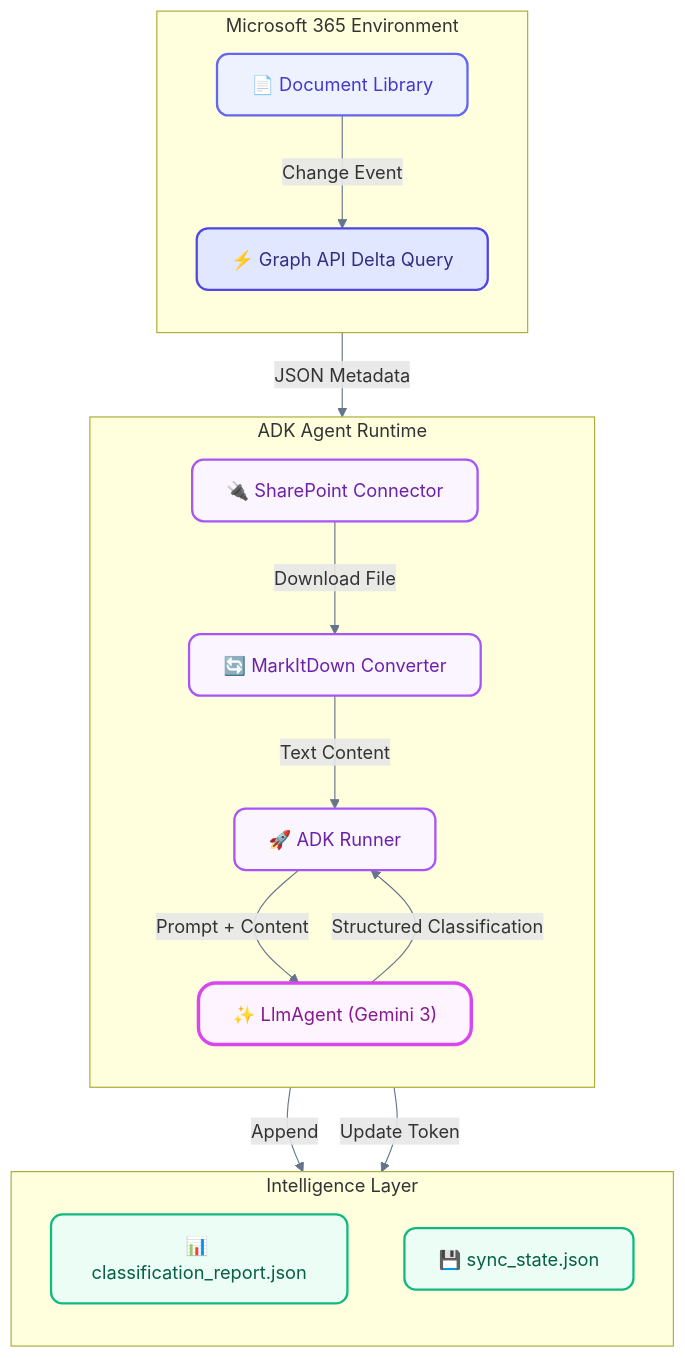
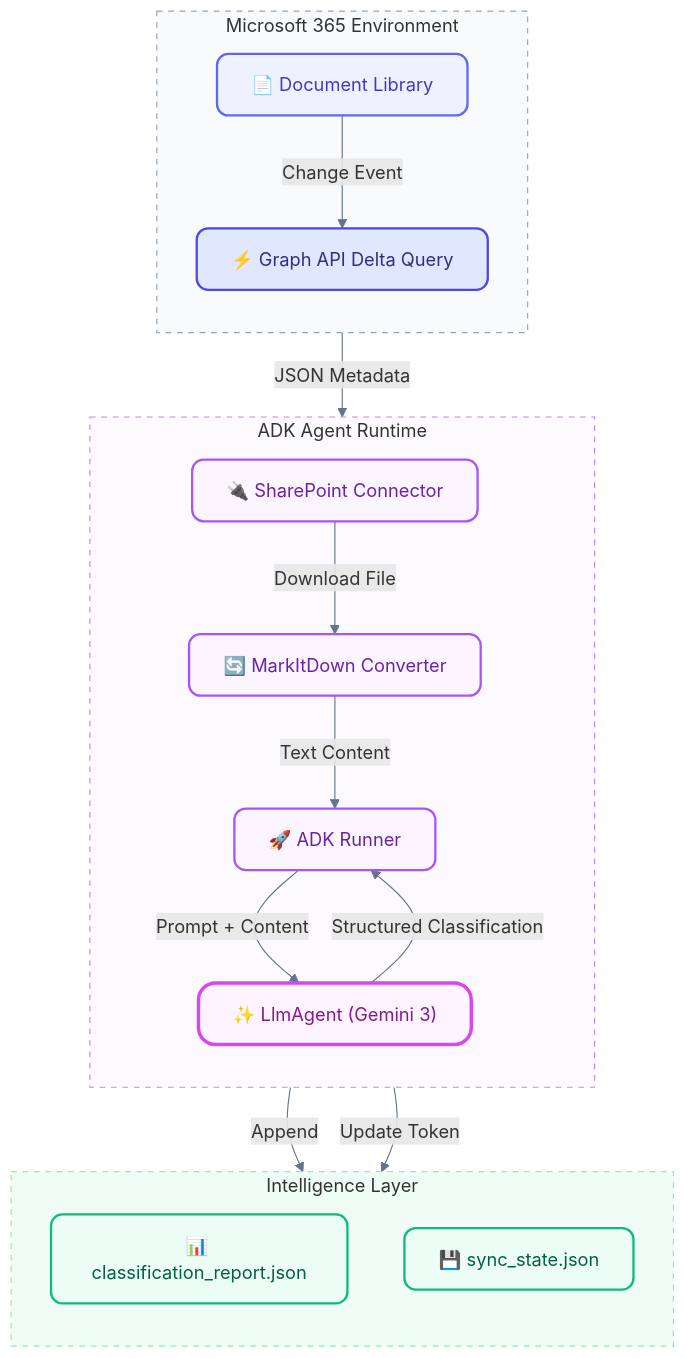
Before and after one commit to jchavezar/vertex-ai-samples: the diagram in antigravity/classificator_mcp_sharepoint/README.md, drawn with Mermaid.

Commit message:
Docs: Update Mermaid chart styling to remove default yellow backgrounds

````diff
--- a/antigravity/classificator_mcp_sharepoint/README.md
+++ b/antigravity/classificator_mcp_sharepoint/README.md
@@ -31,42 +31,47 @@
 ```mermaid
 graph TD
     %% Styling Definitions
     classDef base fill:#fff,stroke:#333,stroke-width:1px,color:#333;
     classDef ms fill:#eef2ff,stroke:#6366f1,stroke-width:2px,color:#4338ca,rx:10,ry:10;
     classDef api fill:#e0e7ff,stroke:#4f46e5,stroke-width:2px,color:#312e81,rx:10,ry:10;
     classDef adk fill:#faf5ff,stroke:#a855f7,stroke-width:2px,color:#6b21a8,rx:10,ry:10;
     classDef gemini fill:#fdf4ff,stroke:#d946ef,stroke-width:3px,color:#86198f,rx:15,ry:15;
     classDef out fill:#ecfdf5,stroke:#10b981,stroke-width:2px,color:#065f46,rx:10,ry:10;
 
-    subgraph "Microsoft 365 Environment"
+    subgraph MS ["Microsoft 365 Environment"]
         direction TB
         DL["📄 Document Library"]:::ms
         API["⚡ Graph API Delta Query"]:::api
     end
 
-    subgraph "ADK Agent Runtime"
+    subgraph AR ["ADK Agent Runtime"]
         direction TB
         Con["🔌 SharePoint Connector"]:::adk
         Conv["🔄 MarkItDown Converter"]:::adk
         Runner["🚀 ADK Runner"]:::adk
         Agent["✨ LlmAgent (Gemini 3)"]:::gemini
     end
 
-    subgraph "Intelligence Layer"
+    subgraph IL ["Intelligence Layer"]
         direction TB
         Report["📊 classification_report.json"]:::out
         State["💾 sync_state.json"]:::out
     end
 
     DL -->|Change Event| API
     API -->|JSON Metadata| Con
     Con -->|Download File| Conv
     Conv -->|Text Content| Runner
     Runner -->|Prompt + Content| Agent
     Agent -->|Structured Classification| Runner
     Runner -->|Append| Report
     Con -->|Update Token| State
 
     %% Link Styling
     linkStyle default stroke:#64748b,stroke-width:1px,fill:none;
+
+    %% Subgraph Styling
+    style MS fill:#f8fafc,stroke:#94a3b8,stroke-width:1px,stroke-dasharray: 5 5
+    style AR fill:#fcfaff,stroke:#c084fc,stroke-width:1px,stroke-dasharray: 5 5
+    style IL fill:#f0fdf4,stroke:#86efac,stroke-width:1px,stroke-dasharray: 5 5
 ```
````
